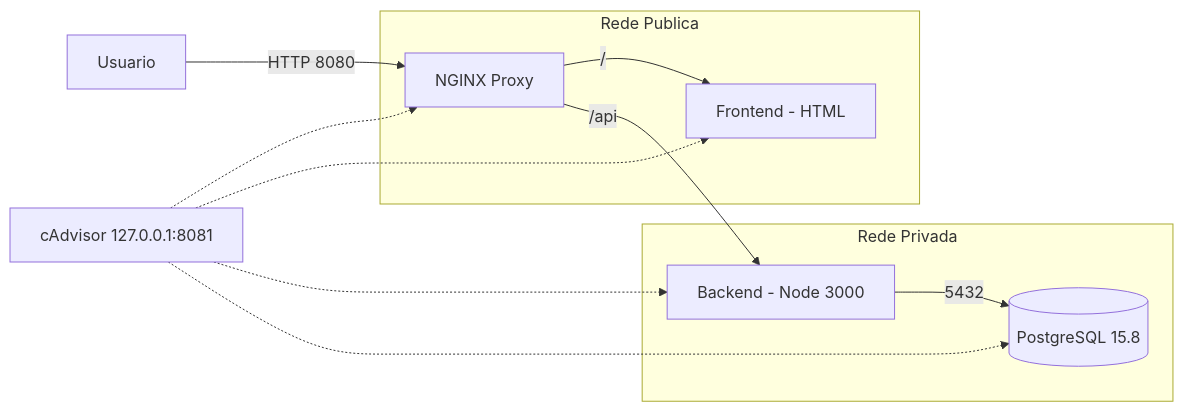
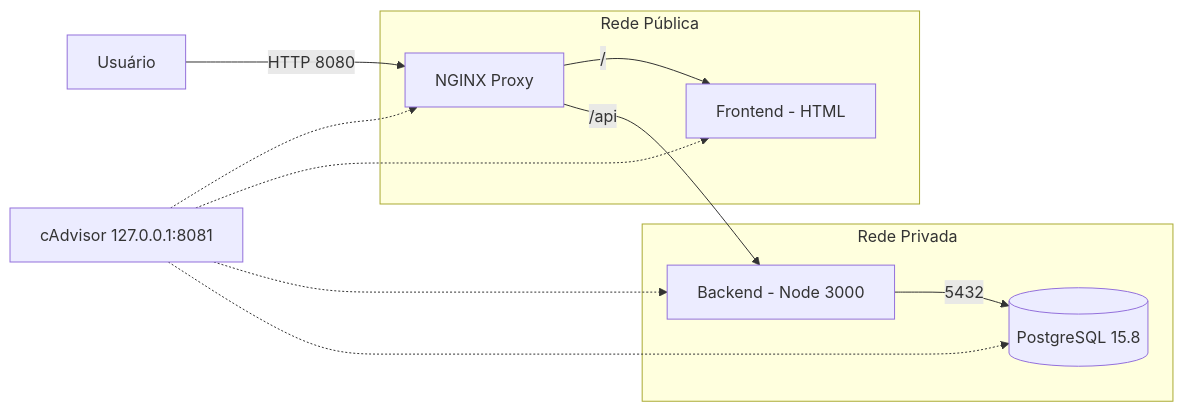
Before and after one commit to jeffpascoal/cubodevops-desafio-tecnico: the first of 2 diagrams in README.md, drawn with Mermaid. The commit also changed other lines of this file and 1 other file, not shown here.

````diff
--- a/README.md
+++ b/README.md
@@ -33,24 +39,24 @@
 ```mermaid
 flowchart LR
-  U[Usuario] -->|HTTP 8080| N[NGINX Proxy]
+  U[Usuário] -->|HTTP 8080| N[NGINX Proxy]
 
   N -->|/| F[Frontend - HTML]
   N -->|/api| B[Backend - Node 3000]
   B -->|5432| D[(PostgreSQL 15.8)]
 
-  subgraph PUBLICA [Rede Publica]
+  subgraph Pública [Rede Pública]
     N
     F
   end
 
   subgraph PRIVADA [Rede Privada]
     B
     D
   end
 
   C[cAdvisor 127.0.0.1:8081]
   C -.-> N
   C -.-> F
   C -.-> B
   C -.-> D
 ```
````
